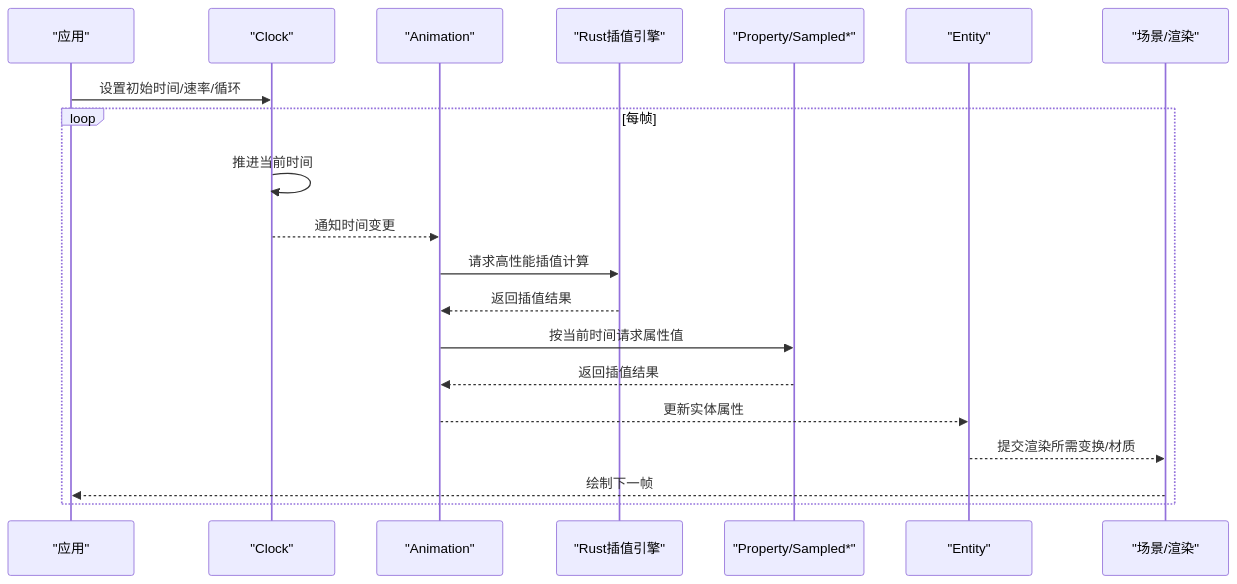
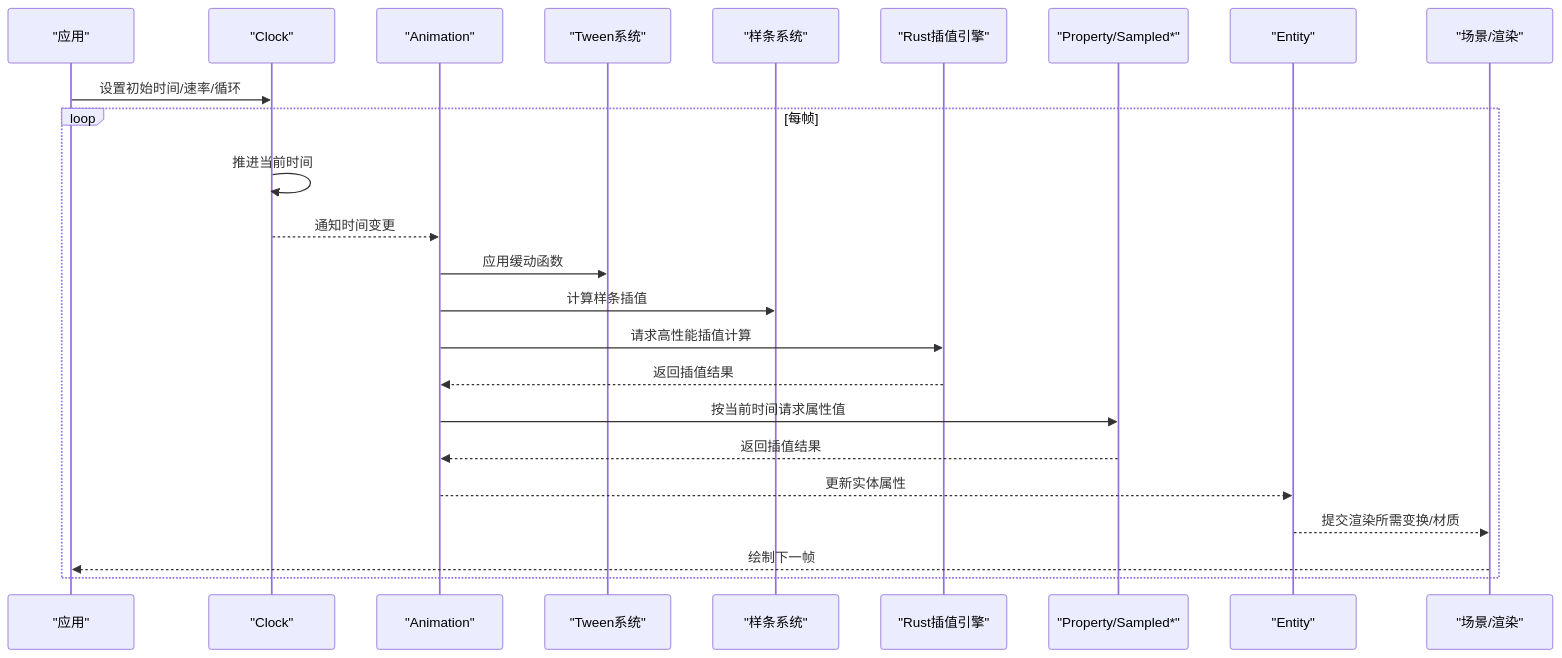
Before and after one commit to rzhangjing/cesium: the second of 17 diagrams in .qoder/repowiki/zh/content/项目概述/核心特性/动画与时间系统/动画与时间系统.md, drawn with Mermaid. The commit also changed other lines of this file and 56 other files, not shown here.

````diff
--- a/.qoder/repowiki/zh/content/项目概述/核心特性/动画与时间系统/动画与时间系统.md
+++ b/.qoder/repowiki/zh/content/项目概述/核心特性/动画与时间系统/动画与时间系统.md
@@ -176,22 +197,26 @@
 ```mermaid
 sequenceDiagram
 participant App as "应用"
 participant Clock as "Clock"
 participant Anim as "Animation"
+participant Tween as "Tween系统"
+participant Spline as "样条系统"
 participant Intp as "Rust插值引擎"
 participant Prop as "Property/Sampled*"
 participant Ent as "Entity"
 participant Scene as "场景/渲染"
 App->>Clock : 设置初始时间/速率/循环
 loop 每帧
 Clock->>Clock : 推进当前时间
 Clock-->>Anim : 通知时间变更
+Anim->>Tween : 应用缓动函数
+Anim->>Spline : 计算样条插值
 Anim->>Intp : 请求高性能插值计算
 Intp-->>Anim : 返回插值结果
 Anim->>Prop : 按当前时间请求属性值
 Prop-->>Anim : 返回插值结果
 Anim-->>Ent : 更新实体属性
 Ent-->>Scene : 提交渲染所需变换/材质
 Scene-->>App : 绘制下一帧
 end
 ```
````
